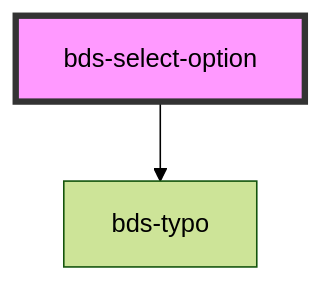
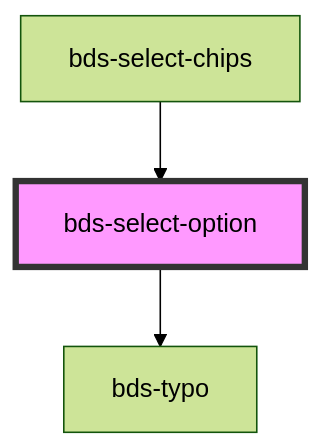
Before and after one commit to takenet/blip-ds: the diagram in src/components/select-option/readme.md, drawn with Mermaid (forest theme). The commit also changed other lines of this file and 16 other files, not shown here.

First line of the commit message:
feat(component): select chips

````diff
--- a/src/components/select-option/readme.md
+++ b/src/components/select-option/readme.md
@@ -32,5 +38,6 @@
 ```mermaid
 graph TD;
   bds-select-option --> bds-typo
+  bds-select-chips --> bds-select-option
   style bds-select-option fill:#f9f,stroke:#333,stroke-width:4px
 ```
````
